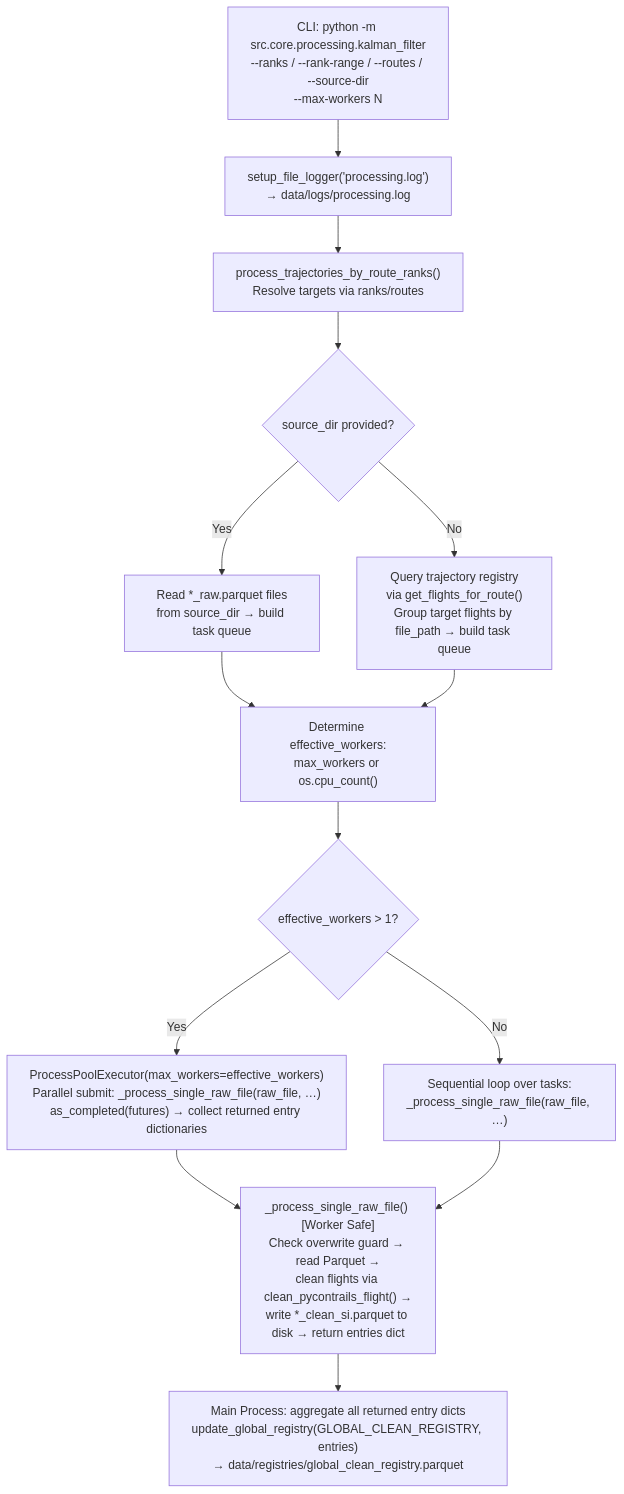
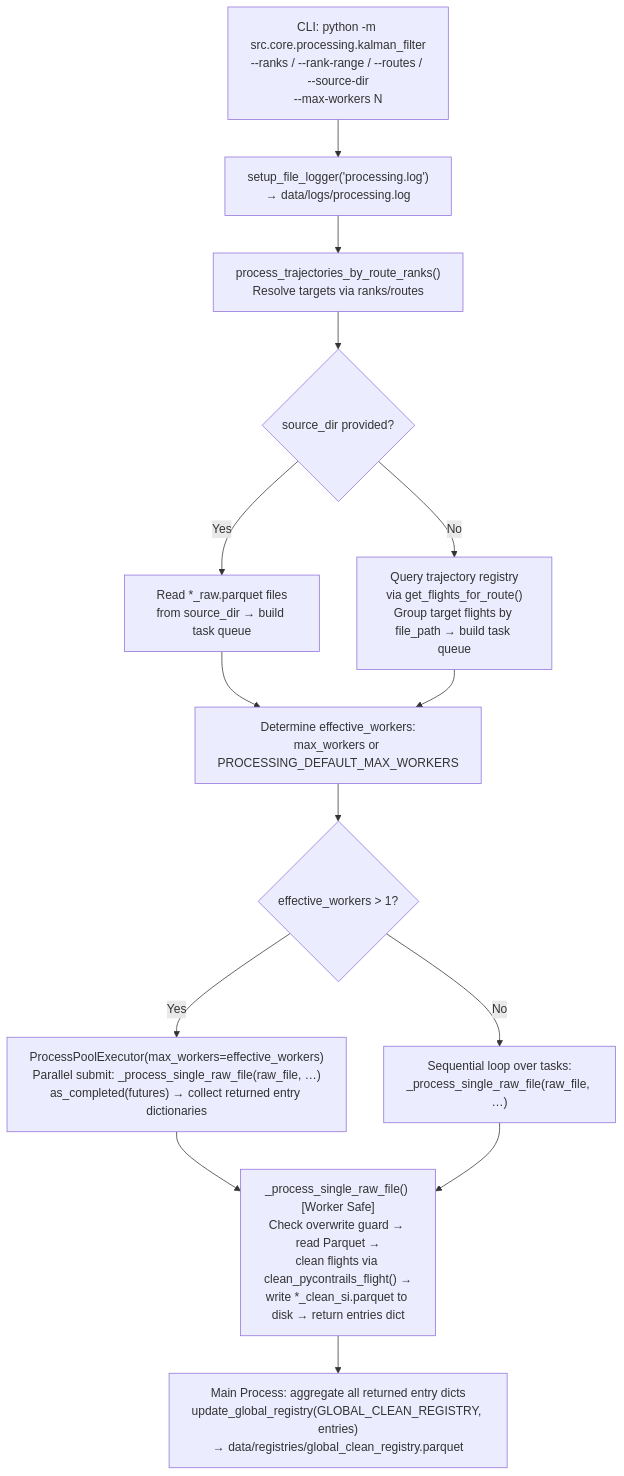
Before and after one commit to Bauzement123/flight-physics-pipeline: the first of 2 diagrams in src/core/processing/README.md, drawn with Mermaid. The commit also changed other lines of this file and 17 other files, not shown here.

````diff
--- a/src/core/processing/README.md
+++ b/src/core/processing/README.md
@@ -166,16 +166,16 @@
 ```mermaid
 flowchart TD
     A["CLI: python -m src.core.processing.kalman_filter\n--ranks / --rank-range / --routes / --source-dir\n--max-workers N"] --> B["setup_file_logger('processing.log')\n→ data/logs/processing.log"]
     B --> C["process_trajectories_by_route_ranks()\nResolve targets via ranks/routes"]
     C --> D{"source_dir provided?"}
     D -->|Yes| E["Read *_raw.parquet files\nfrom source_dir → build task queue"]
     D -->|No| F["Query trajectory registry\nvia get_flights_for_route()\nGroup target flights by file_path → build task queue"]
-    E --> G["Determine effective_workers:\nmax_workers or os.cpu_count()"]
+    E --> G["Determine effective_workers:\nmax_workers or PROCESSING_DEFAULT_MAX_WORKERS"]
     F --> G
     G --> H{"effective_workers > 1?"}
     H -->|Yes| I["ProcessPoolExecutor(max_workers=effective_workers)\nParallel submit: _process_single_raw_file(raw_file, …)\nas_completed(futures) → collect returned entry dictionaries"]
     H -->|No| J["Sequential loop over tasks:\n_process_single_raw_file(raw_file, …)"]
     I --> K["_process_single_raw_file() [Worker Safe]\nCheck overwrite guard → read Parquet →\nclean flights via clean_pycontrails_flight() →\nwrite *_clean_si.parquet to disk → return entries dict"]
     J --> K
     K --> L["Main Process: aggregate all returned entry dicts\nupdate_global_registry(GLOBAL_CLEAN_REGISTRY, entries)\n→ data/registries/global_clean_registry.parquet"]
 ```
````
